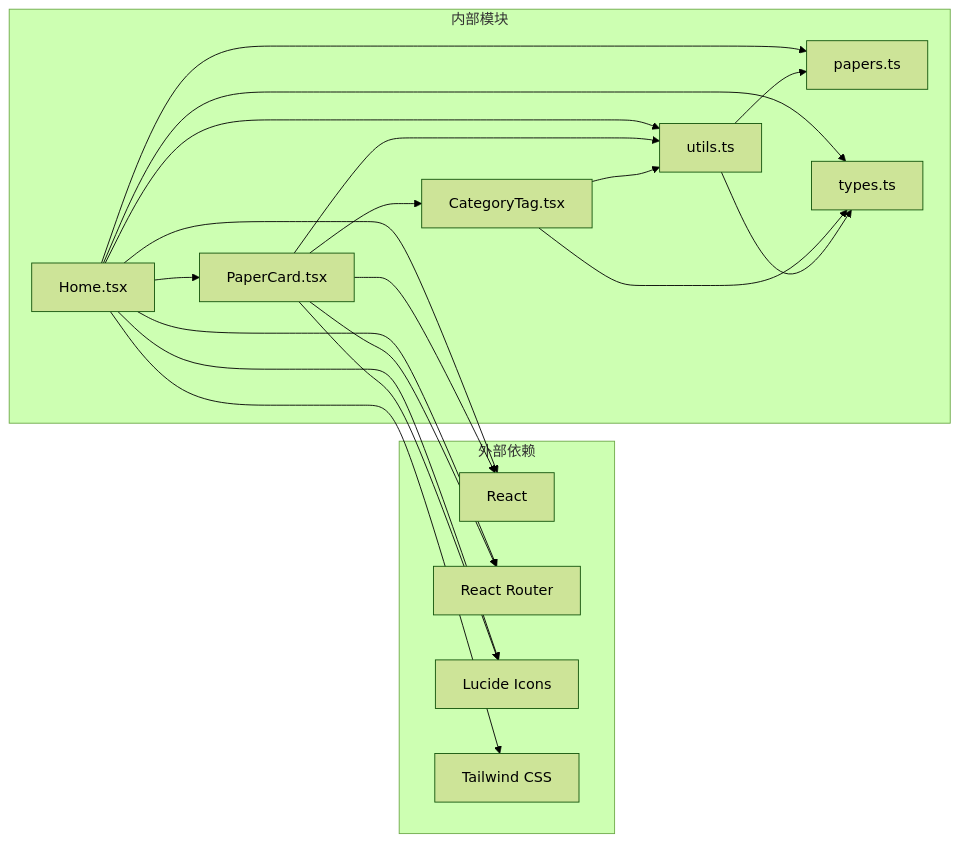
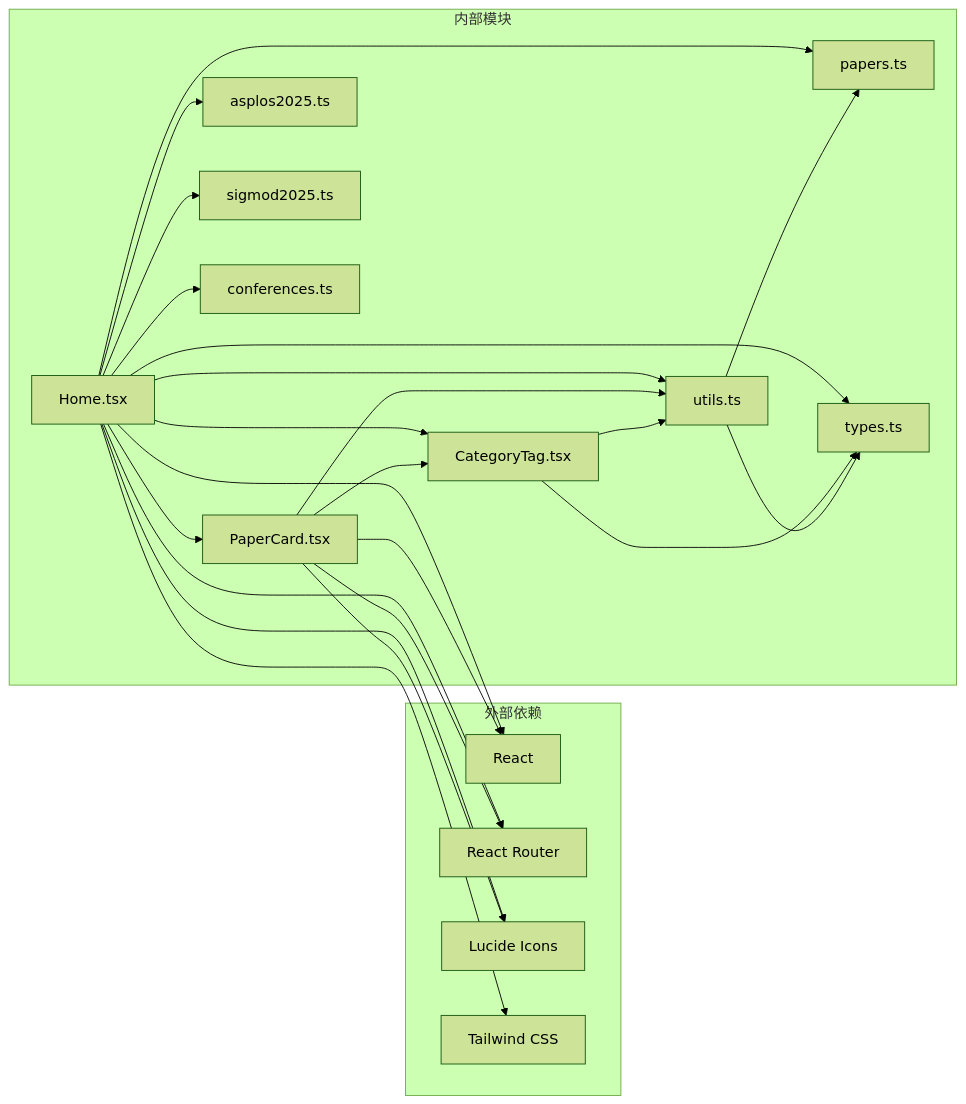
Before and after one commit to erikliu123/storage_ai_blog: the seventh of 7 diagrams in .qoder/repowiki/zh/content/页面组件/首页组件.md, drawn with Mermaid (forest theme). The commit also changed other lines of this file and 84 other files, not shown here.

````diff
--- a/.qoder/repowiki/zh/content/页面组件/首页组件.md
+++ b/.qoder/repowiki/zh/content/页面组件/首页组件.md
@@ -310,34 +367,41 @@
 ```mermaid
 graph LR
 subgraph "外部依赖"
 React[React]
 Router[React Router]
 Icons[Lucide Icons]
 Tailwind[Tailwind CSS]
 end
 subgraph "内部模块"
 Home[Home.tsx]
 PaperCard[PaperCard.tsx]
 CategoryTag[CategoryTag.tsx]
 Utils[utils.ts]
 Papers[papers.ts]
+Asplos2025[asplos2025.ts]
+Sigmod2025[sigmod2025.ts]
+Conferences[conferences.ts]
 Types[types.ts]
 end
 Home --> React
 Home --> Router
 Home --> Icons
 Home --> Tailwind
 Home --> PaperCard
+Home --> CategoryTag
 Home --> Utils
 Home --> Papers
+Home --> Asplos2025
+Home --> Sigmod2025
+Home --> Conferences
 Home --> Types
 PaperCard --> React
 PaperCard --> Router
 PaperCard --> Icons
 PaperCard --> CategoryTag
 PaperCard --> Utils
 CategoryTag --> Utils
 CategoryTag --> Types
 Utils --> Types
 Utils --> Papers
 ```
````
